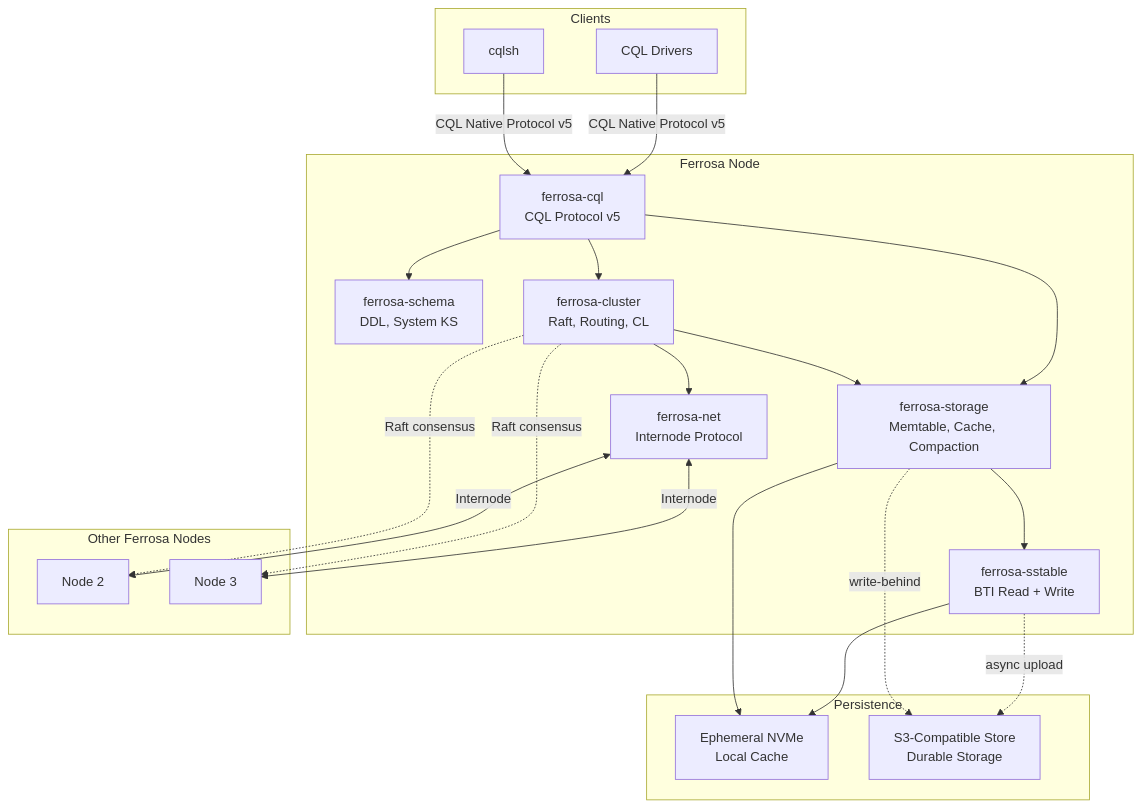
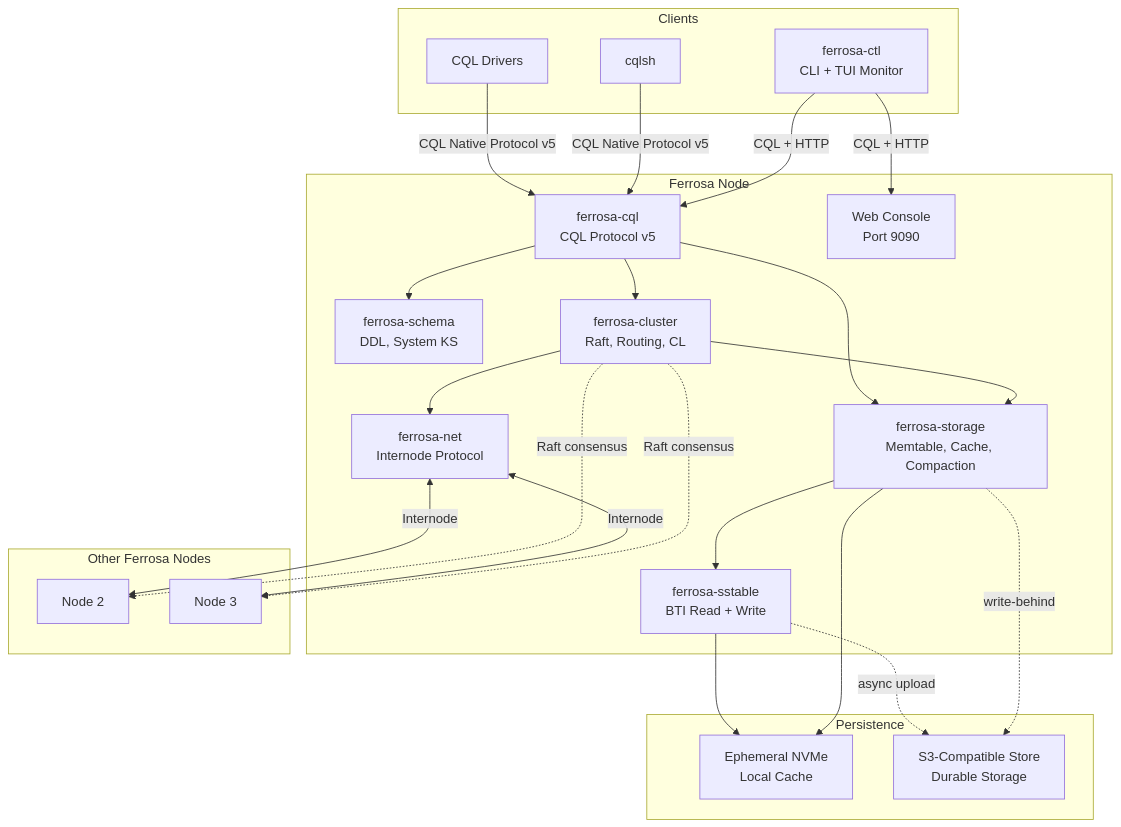
One commit to ferrosadb/ferrosa changed the first of 2 diagrams in specs/overview.md. Above: the diagram before and after it, drawn with Mermaid. The commit also changed other lines of this file and 7 other files, not shown here.

First line of the commit message:
docs: update architecture specs and marketing docs for observability

````diff
--- a/specs/overview.md
+++ b/specs/overview.md
@@ -12,40 +12,43 @@
 ```mermaid
 graph TB
     subgraph Clients
         D1[CQL Drivers]
         D2[cqlsh]
+        D3[ferrosa-ctl<br/>CLI + TUI Monitor]
     end
 
     subgraph "Ferrosa Node"
         CQL[ferrosa-cql<br/>CQL Protocol v5]
         Schema[ferrosa-schema<br/>DDL, System KS]
         Cluster[ferrosa-cluster<br/>Raft, Routing, CL]
         Storage[ferrosa-storage<br/>Memtable, Cache, Compaction]
         SST[ferrosa-sstable<br/>BTI Read + Write]
         Net[ferrosa-net<br/>Internode Protocol]
+        Web[Web Console<br/>Port 9090]
     end
 
     subgraph "Persistence"
         NVMe[Ephemeral NVMe<br/>Local Cache]
         S3[S3-Compatible Store<br/>Durable Storage]
     end
 
     subgraph "Other Ferrosa Nodes"
         N2[Node 2]
         N3[Node 3]
     end
 
     D1 & D2 -->|CQL Native Protocol v5| CQL
+    D3 -->|CQL + HTTP| CQL & Web
     CQL --> Schema
     CQL --> Storage
     CQL --> Cluster
     Cluster --> Storage
     Cluster --> Net
     Storage --> SST
     SST --> NVMe
     SST -.->|async upload| S3
     Storage --> NVMe
     Storage -.->|write-behind| S3
     Net <-->|Internode| N2 & N3
     Cluster -.->|Raft consensus| N2 & N3
 ```
````
